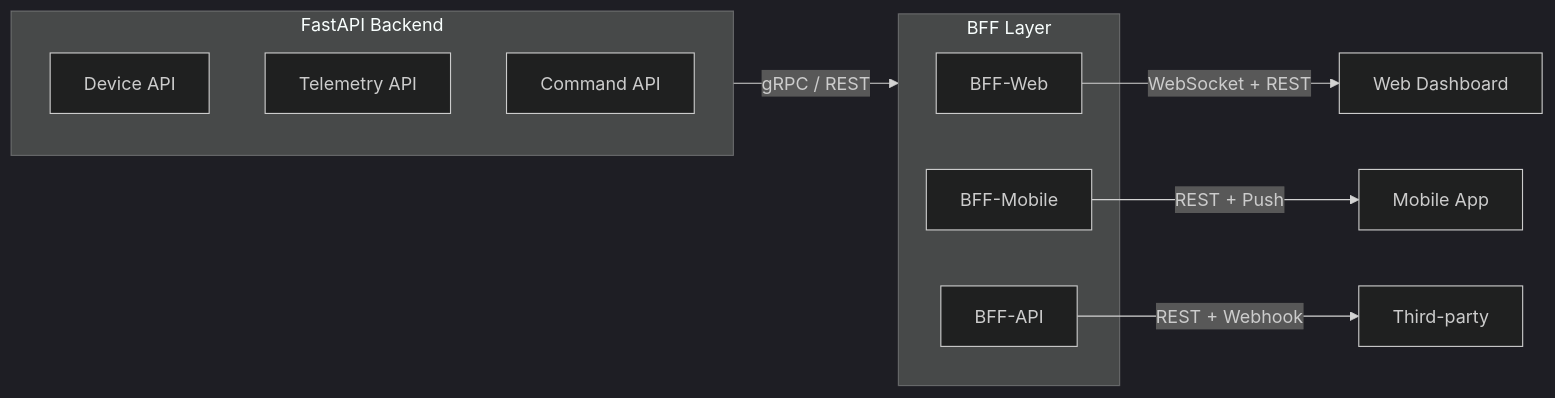
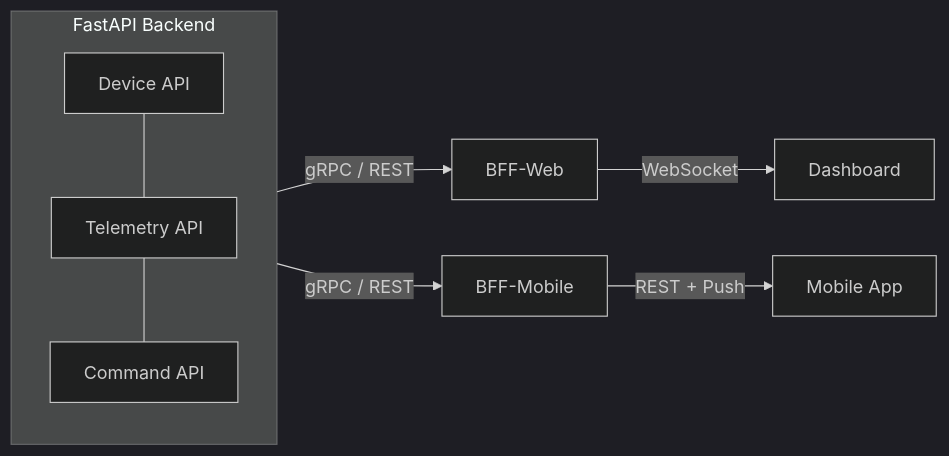
The second of 3 diagrams in _posts/2026/2026-03-30-iot-1m-device-architecture.md (osisdie/osisdie.github.io), drawn with Mermaid (dark theme) before and after one commit. The commit also changed other lines of this file and 3 other files, not shown here.

````diff
--- a/_posts/2026/2026-03-30-iot-1m-device-architecture.md
+++ b/_posts/2026/2026-03-30-iot-1m-device-architecture.md
@@ -159,19 +108,10 @@
 ```mermaid
 flowchart LR
     subgraph Backend["FastAPI Backend"]
-        D[Device API]
-        T[Telemetry API]
-        C[Command API]
+        D[Device API] --- T[Telemetry API] --- C[Command API]
     end
-
-    subgraph BFF["BFF Layer"]
-        W[BFF-Web]
-        M[BFF-Mobile]
-        A[BFF-API]
-    end
-
-    Backend -->|gRPC / REST| BFF
-    W -->|WebSocket + REST| WD[Web Dashboard]
+    Backend -->|gRPC / REST| W[BFF-Web]
+    Backend -->|gRPC / REST| M[BFF-Mobile]
+    W -->|WebSocket| WD[Dashboard]
     M -->|REST + Push| MA[Mobile App]
-    A -->|REST + Webhook| TP[Third-party]
 ```
````
